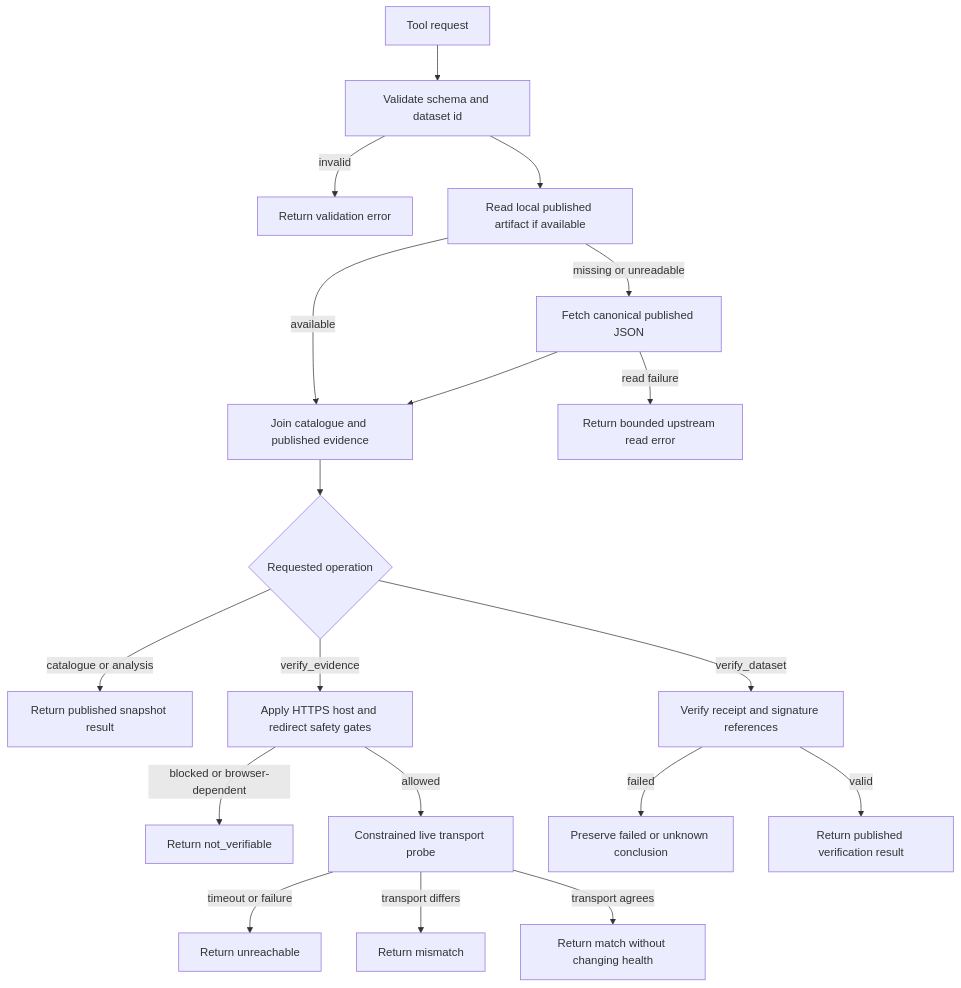
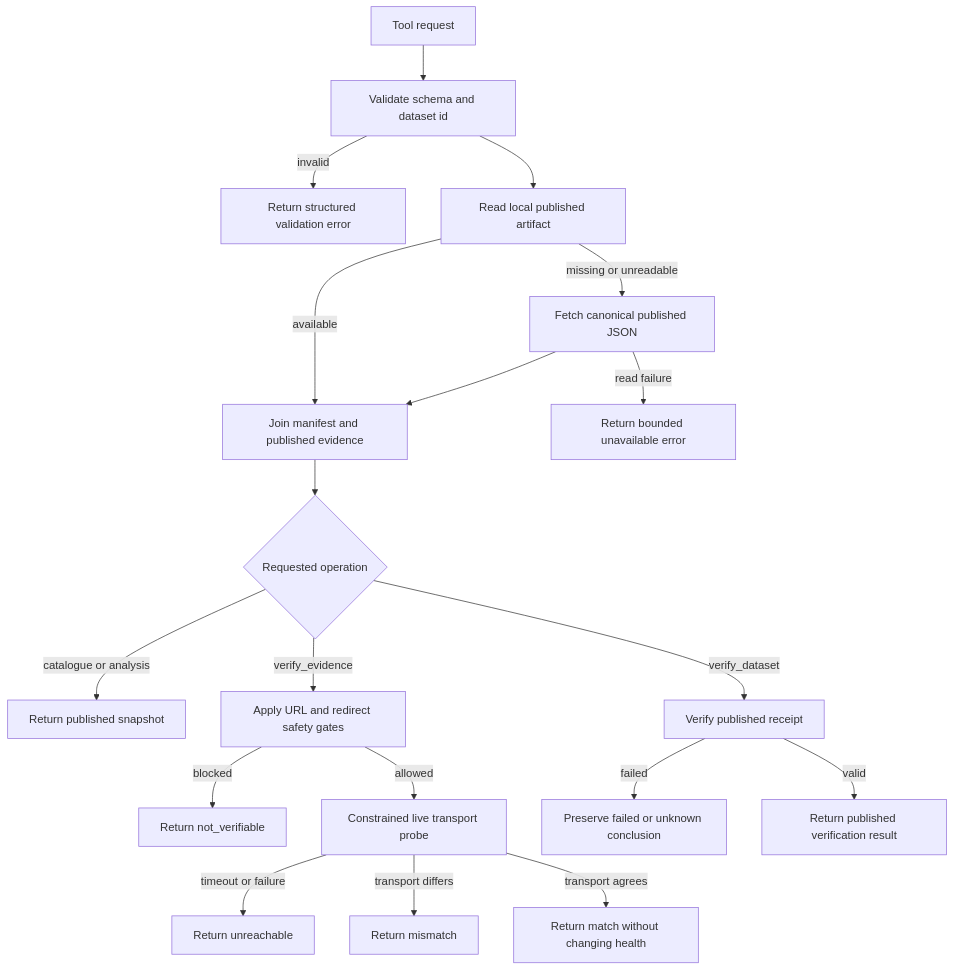
Before and after one commit to r3dz4r/datapulse-my: the second of 2 diagrams in openwiki/mcp.md, drawn with Mermaid. The commit also changed other lines of this file and 4 other files, not shown here.

````diff
--- a/openwiki/mcp.md
+++ b/openwiki/mcp.md
@@ -94,21 +97,21 @@
 ```mermaid
 flowchart TD
     Start[Tool request] --> Validate[Validate schema and dataset id]
-    Validate -->|invalid| ValidationError[Return validation error]
-    Validate --> Local[Read local published artifact if available]
-    Local -->|available| Join[Join catalogue and published evidence]
+    Validate -->|invalid| ValidationError[Return structured validation error]
+    Validate --> Local[Read local published artifact]
+    Local -->|available| Join[Join manifest and published evidence]
     Local -->|missing or unreadable| Remote[Fetch canonical published JSON]
-    Remote -->|read failure| ReadError[Return bounded upstream read error]
+    Remote -->|read failure| ReadError[Return bounded unavailable error]
     Remote --> Join
     Join --> Operation{Requested operation}
-    Operation -->|catalogue or analysis| Snapshot[Return published snapshot result]
-    Operation -->|verify_dataset| Receipt[Verify receipt and signature references]
-    Operation -->|verify_evidence| Gate[Apply HTTPS host and redirect safety gates]
-    Gate -->|blocked or browser-dependent| NotVerifiable[Return not_verifiable]
+    Operation -->|catalogue or analysis| Snapshot[Return published snapshot]
+    Operation -->|verify_dataset| Receipt[Verify published receipt]
+    Operation -->|verify_evidence| Gate[Apply URL and redirect safety gates]
+    Gate -->|blocked| NotVerifiable[Return not_verifiable]
     Gate -->|allowed| Probe[Constrained live transport probe]
     Probe -->|timeout or failure| Unreachable[Return unreachable]
     Probe -->|transport differs| Mismatch[Return mismatch]
     Probe -->|transport agrees| Match[Return match without changing health]
     Receipt -->|failed| FailClosed[Preserve failed or unknown conclusion]
     Receipt -->|valid| Verified[Return published verification result]
 ```
````
